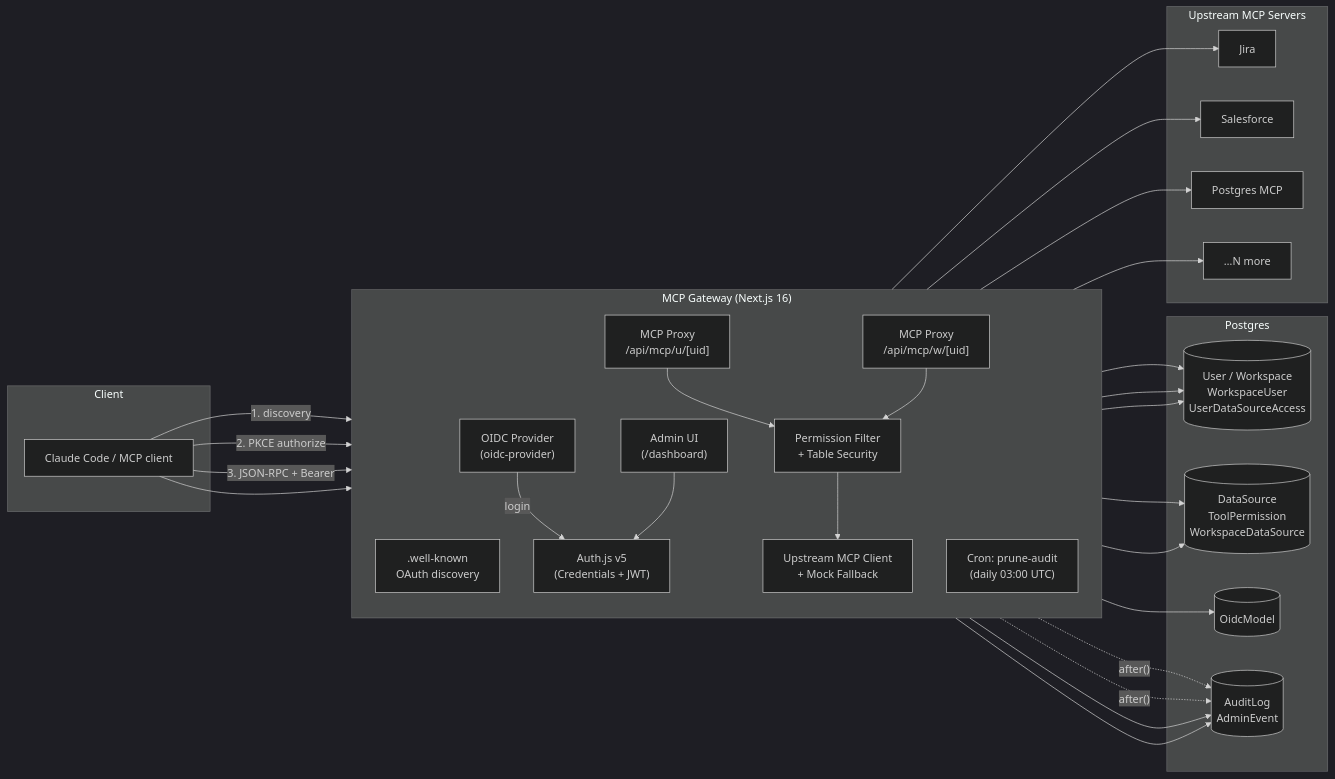
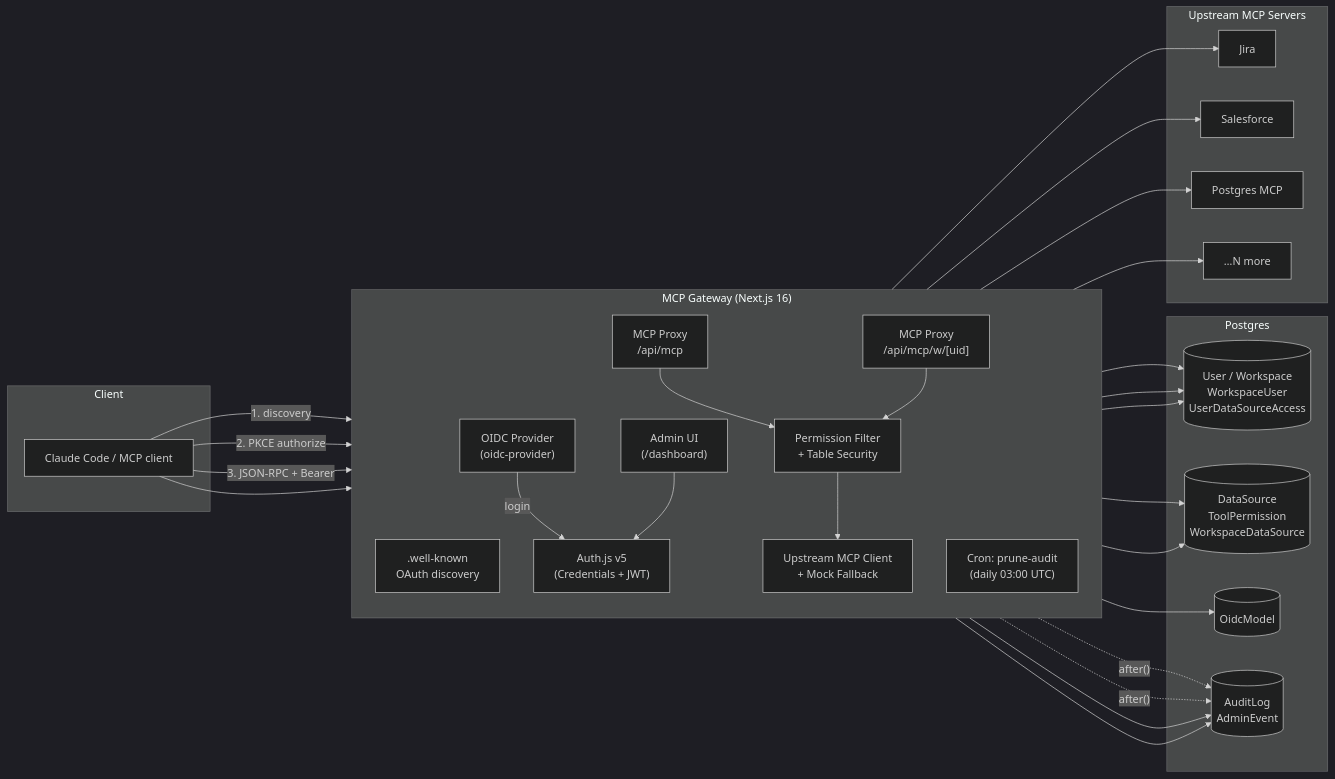
Before and after one commit to Aborsen/MCPGateway: the first of 6 diagrams in SPECIFICATIONS.md, drawn with Mermaid (dark theme). The commit also changed other lines of this file and 2 other files, not shown here.

````diff
--- a/SPECIFICATIONS.md
+++ b/SPECIFICATIONS.md
@@ -51,57 +51,57 @@
 ```mermaid
 flowchart LR
     subgraph Client["Client"]
         CC["Claude Code / MCP client"]
     end
 
     subgraph Gateway["MCP Gateway (Next.js 16)"]
         direction TB
         WK[".well-known<br/>OAuth discovery"]
         OIDC["OIDC Provider<br/>(oidc-provider)"]
         ADMIN["Admin UI<br/>(/dashboard)"]
         AUTHJS["Auth.js v5<br/>(Credentials + JWT)"]
-        PROXY_U["MCP Proxy<br/>/api/mcp/u/[uid]"]
+        PROXY_U["MCP Proxy<br/>/api/mcp"]
         PROXY_W["MCP Proxy<br/>/api/mcp/w/[uid]"]
         PFILT["Permission Filter<br/>+ Table Security"]
         UPSTREAM["Upstream MCP Client<br/>+ Mock Fallback"]
         CRON["Cron: prune-audit<br/>(daily 03:00 UTC)"]
     end
 
     subgraph DB["Postgres"]
         T_USER[("User / Workspace<br/>WorkspaceUser<br/>UserDataSourceAccess")]
         T_DS[("DataSource<br/>ToolPermission<br/>WorkspaceDataSource")]
         T_OIDC[("OidcModel")]
         T_AUDIT[("AuditLog<br/>AdminEvent")]
     end
 
     subgraph Upstreams["Upstream MCP Servers"]
         JIRA["Jira"]
         SF["Salesforce"]
         PG["Postgres MCP"]
         OTHER["…N more"]
     end
 
     CC -->|"1. discovery"| WK
     CC -->|"2. PKCE authorize"| OIDC
     OIDC -->|"login"| AUTHJS
     AUTHJS --> T_USER
     OIDC --> T_OIDC
     CC -->|"3. JSON-RPC + Bearer"| PROXY_U
     CC --> PROXY_W
     PROXY_U --> PFILT
     PROXY_W --> PFILT
     PFILT --> T_DS
     PFILT --> T_USER
     PFILT --> UPSTREAM
     UPSTREAM --> JIRA
     UPSTREAM --> SF
     UPSTREAM --> PG
     UPSTREAM --> OTHER
     PROXY_U -. "after()" .-> T_AUDIT
     PROXY_W -. "after()" .-> T_AUDIT
     ADMIN --> AUTHJS
     ADMIN --> T_USER
     ADMIN --> T_DS
     ADMIN --> T_AUDIT
     CRON --> T_AUDIT
 ```
````
